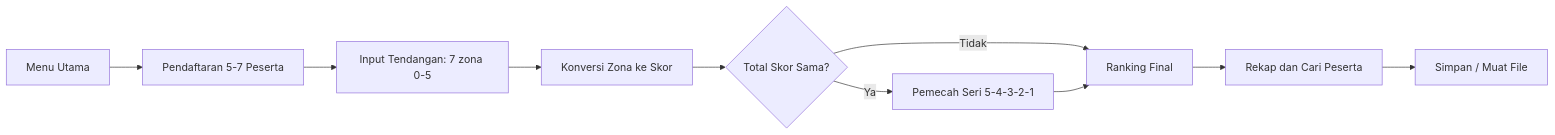
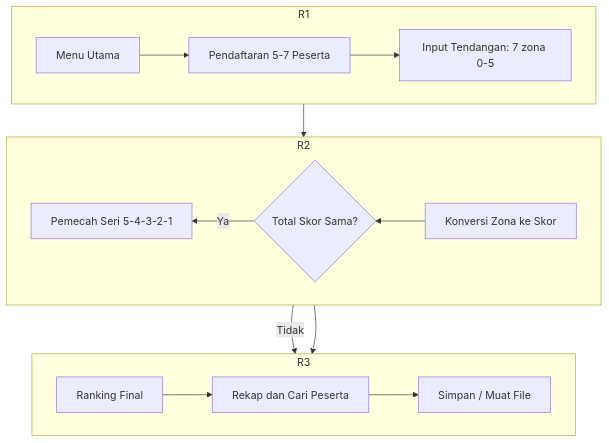
Before and after one commit to rakaarwaky/aplikasi-penalty: the second of 2 diagrams in Laporan-Project.md, drawn with Mermaid. The commit also changed 8 other files, not shown here.

Commit message:
refactor: switch to local mermaid-cli rendering and chromium-based terminal image generation with auto-cropping

````diff
--- a/Laporan-Project.md
+++ b/Laporan-Project.md
@@ -106,12 +106,19 @@
 ```mermaid
-graph LR
-A[Menu Utama] --> B[Pendaftaran 5-7 Peserta]
-B --> C[Input Tendangan: 7 zona 0-5]
-C --> D[Konversi Zona ke Skor]
-D --> E{Total Skor Sama?}
-E -->|Ya| F[Pemecah Seri 5-4-3-2-1]
-E -->|Tidak| G[Ranking Final]
-F --> G
-G --> H[Rekap dan Cari Peserta]
-H --> I[Simpan / Muat File]
+graph TD
+    subgraph R1
+        direction LR
+        A[Menu Utama] --> B[Pendaftaran 5-7 Peserta] --> C[Input Tendangan: 7 zona 0-5]
+    end
+    subgraph R2
+        direction RL
+        D[Konversi Zona ke Skor] --> E{Total Skor Sama?}
+        E -->|Ya| F[Pemecah Seri 5-4-3-2-1]
+    end
+    subgraph R3
+        direction LR
+        G[Ranking Final] --> H[Rekap dan Cari Peserta] --> I[Simpan / Muat File]
+    end
+    C --> D
+    E -->|Tidak| G
+    F --> G
 ```
````
